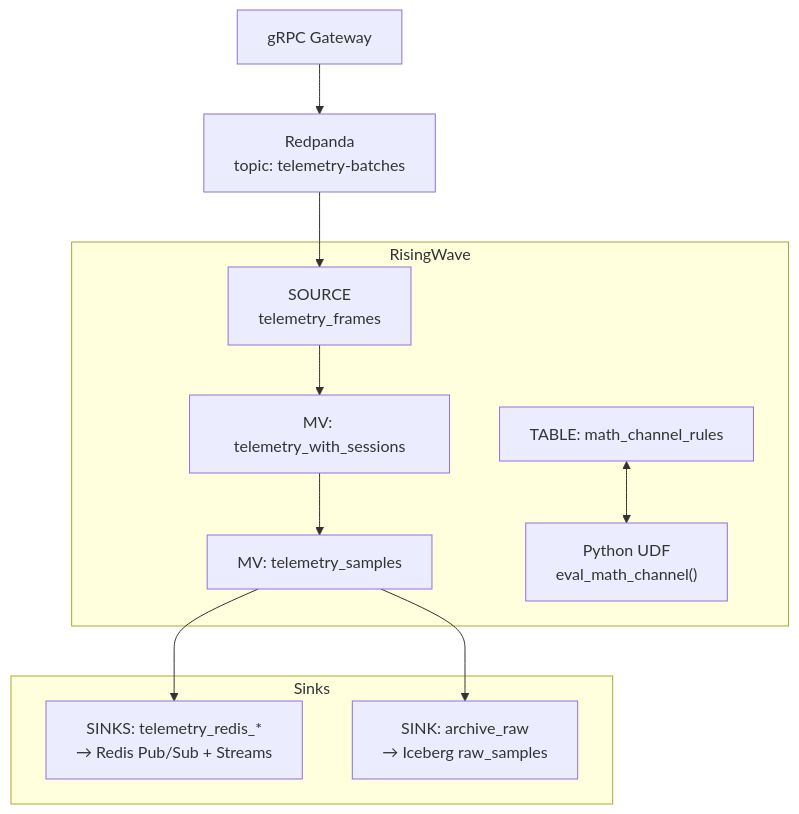
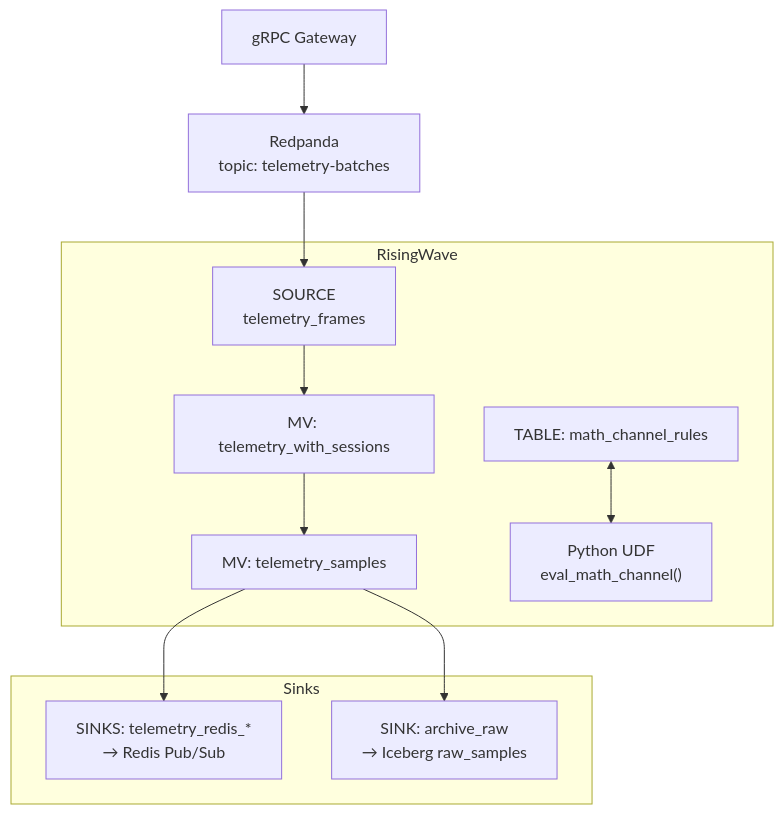
One commit to chrismarth/PurpleSector changed the fourth of 5 diagrams in docs/CLOUD_PIPELINE.md. Above: the diagram before and after it, drawn with Mermaid. The commit also changed other lines of this file and 179 other files, not shown here.

````diff
--- a/docs/CLOUD_PIPELINE.md
+++ b/docs/CLOUD_PIPELINE.md
@@ -106,26 +106,26 @@
 ```mermaid
 flowchart TD
     GW2["gRPC Gateway"]
     RP2["Redpanda<br/>topic: telemetry-batches"]
 
     subgraph RW2["RisingWave"]
         SRC["SOURCE<br/>telemetry_frames"]
         MV0["MV: telemetry_with_sessions"]
         MV1["MV: telemetry_samples"]
         MCR["TABLE: math_channel_rules"]
         UDF2["Python UDF<br/>eval_math_channel()"]
     end
 
     subgraph Sinks["Sinks"]
-        S1["SINKS: telemetry_redis_*<br/>→ Redis Pub/Sub + Streams"]
+        S1["SINKS: telemetry_redis_*<br/>→ Redis Pub/Sub"]
         S2["SINK: archive_raw<br/>→ Iceberg raw_samples"]
     end
 
     GW2 --> RP2
     RP2 --> SRC
     SRC --> MV0
     MV0 --> MV1
     MV1 --> S1
     MV1 --> S2
     MCR <--> UDF2
 ```
````
